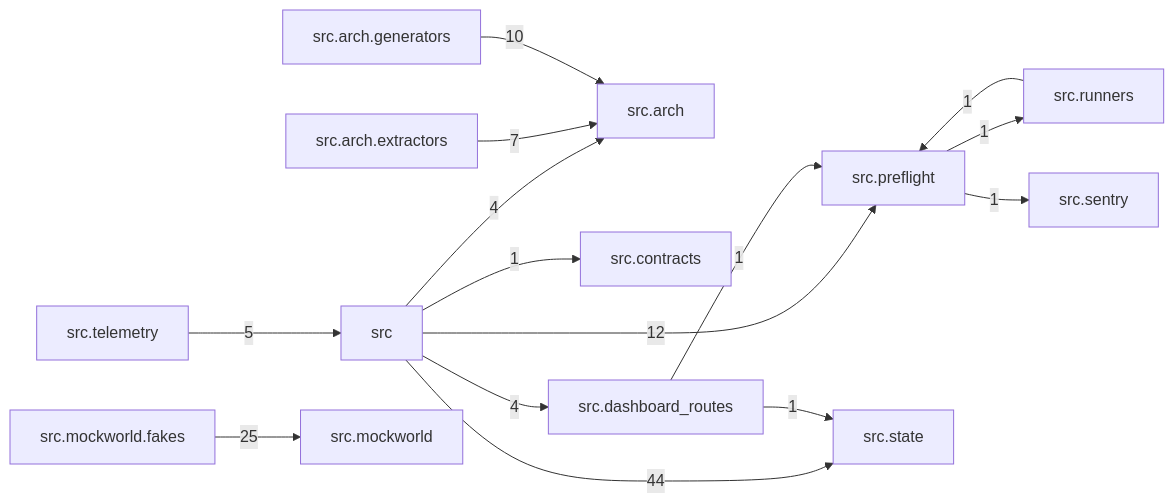
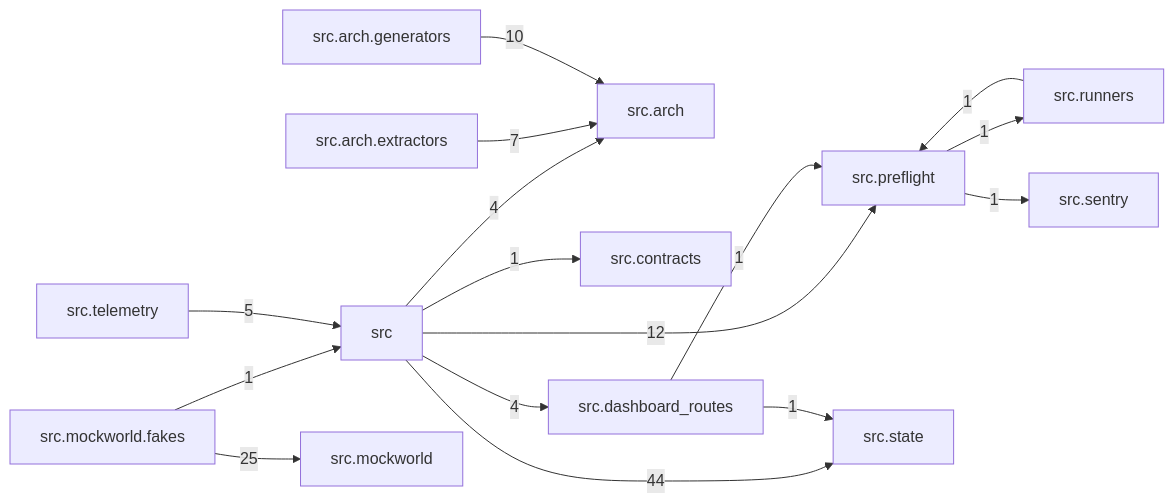
The diagram in docs/arch/generated/modules.md (T-rav/hyrdaflow), drawn with Mermaid before and after one commit. The commit also changed other lines of this file and 11 other files, not shown here.

````diff
--- a/docs/arch/generated/modules.md
+++ b/docs/arch/generated/modules.md
@@ -7,30 +7,31 @@
 ```mermaid
 graph LR
     src["src"]
     src_arch["src.arch"]
     src_arch_extractors["src.arch.extractors"]
     src_arch_generators["src.arch.generators"]
     src_contracts["src.contracts"]
     src_dashboard_routes["src.dashboard_routes"]
     src_mockworld["src.mockworld"]
     src_mockworld_fakes["src.mockworld.fakes"]
     src_preflight["src.preflight"]
     src_runners["src.runners"]
     src_sentry["src.sentry"]
     src_state["src.state"]
     src_telemetry["src.telemetry"]
     src -- "4" --> src_arch
     src -- "1" --> src_contracts
     src -- "4" --> src_dashboard_routes
     src -- "12" --> src_preflight
     src -- "44" --> src_state
     src_arch_extractors -- "7" --> src_arch
     src_arch_generators -- "10" --> src_arch
     src_dashboard_routes -- "1" --> src_preflight
     src_dashboard_routes -- "1" --> src_state
+    src_mockworld_fakes -- "1" --> src
     src_mockworld_fakes -- "25" --> src_mockworld
     src_preflight -- "1" --> src_runners
     src_preflight -- "1" --> src_sentry
     src_runners -- "1" --> src_preflight
     src_telemetry -- "5" --> src
 ```
````
